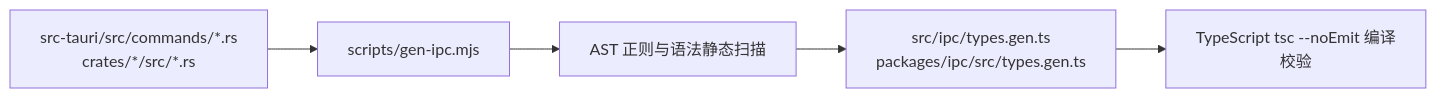
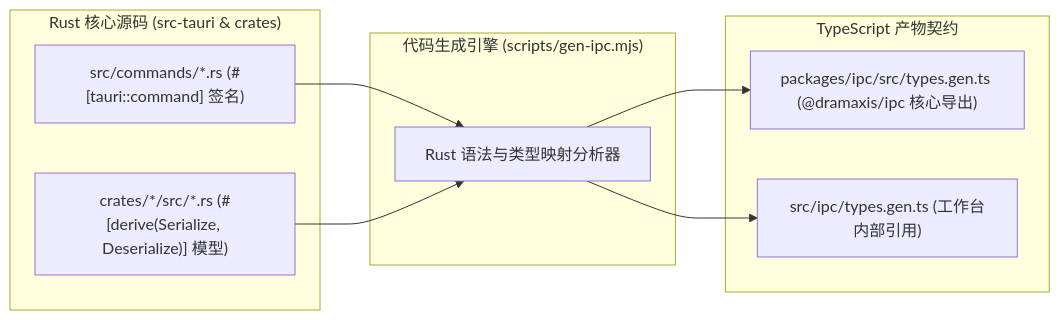
One commit to Agions/dramaxis changed the diagram in docs/devops/ipc-codegen.md. Above: the diagram before and after it, drawn with Mermaid. The commit also changed other lines of this file and 95 other files, not shown here.

Commit message:
refactor: rename project references and crates from splicr to dramaxis

````diff
--- a/docs/devops/ipc-codegen.md
+++ b/docs/devops/ipc-codegen.md
@@ -9,7 +9,19 @@
 ```mermaid
 graph LR
-    RustCommands["src-tauri/src/commands/*.rs\ncrates/*/src/*.rs"] --> Script["scripts/gen-ipc.mjs"]
-    Script --> AST["AST 正则与语法静态扫描"]
-    AST --> GenTS["src/ipc/types.gen.ts\npackages/ipc/src/types.gen.ts"]
-    GenTS --> CompileCheck["TypeScript tsc --noEmit 编译校验"]
+    subgraph RustSources ["Rust 核心源码 (src-tauri & crates)"]
+        Cmds["src/commands/*.rs (#[tauri::command] 签名)"]
+        Types["crates/*/src/*.rs (#[derive(Serialize, Deserialize)] 模型)"]
+    end
+
+    subgraph GeneratorEngine ["代码生成引擎 (scripts/gen-ipc.mjs)"]
+        Scanner["Rust 语法与类型映射分析器"]
+    end
+
+    subgraph GeneratedArtifacts ["TypeScript 产物契约"]
+        MonorepoPkg["packages/ipc/src/types.gen.ts (@dramaxis/ipc 核心导出)"]
+        LocalSrc["src/ipc/types.gen.ts (工作台内部引用)"]
+    end
+
+    Cmds & Types --> Scanner
+    Scanner --> MonorepoPkg & LocalSrc
 ```
````
